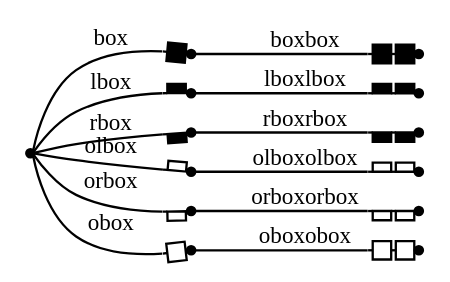
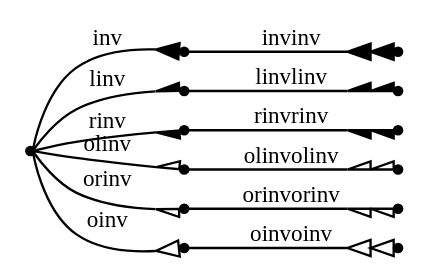
One commit to graphviz-perl/GraphViz2-Marpa-PathUtils changed the diagram in out/clusters.out.08.001.gv. Above: the diagram before and after it, drawn with Graphviz. The commit also changed 39 other files, not shown here.

```diff
--- a/out/clusters.out.08.001.gv
+++ b/out/clusters.out.08.001.gv
@@ -1,19 +1,19 @@
 digraph G
 {
 	graph[rankdir = "LR" nodesep = "0"]
 	node[shape = "point" label = ""]
 	edge[fontsize = "10"]
-	_box -> box[arrowhead = "box" label = "box"]
-	box -> boxbox[arrowhead = "boxbox" label = "boxbox"]
-	_box -> lbox[arrowhead = "lbox" label = "lbox"]
-	lbox -> lboxlbox[arrowhead = "lboxlbox" label = "lboxlbox"]
-	_box -> rbox[arrowhead = "rbox" label = "rbox"]
-	rbox -> rboxrbox[arrowhead = "rboxrbox" label = "rboxrbox"]
-	_box -> olbox[arrowhead = "olbox" label = "olbox"]
-	olbox -> olboxolbox[arrowhead = "olboxolbox" label = "olboxolbox"]
-	_box -> orbox[arrowhead = "orbox" label = "orbox"]
-	orbox -> orboxorbox[arrowhead = "orboxorbox" label = "orboxorbox"]
-	_box -> obox[arrowhead = "obox" label = "obox"]
-	obox -> oboxobox[arrowhead = "oboxobox" label = "oboxobox"]
+	_inv -> inv[arrowhead = "inv" label = "inv"]
+	inv -> invinv[arrowhead = "invinv" label = "invinv"]
+	_inv -> linv[arrowhead = "linv" label = "linv"]
+	linv -> linvlinv[arrowhead = "linvlinv" label = "linvlinv"]
+	_inv -> rinv[arrowhead = "rinv" label = "rinv"]
+	rinv -> rinvrinv[arrowhead = "rinvrinv" label = "rinvrinv"]
+	_inv -> olinv[arrowhead = "olinv" label = "olinv"]
+	olinv -> olinvolinv[arrowhead = "olinvolinv" label = "olinvolinv"]
+	_inv -> orinv[arrowhead = "orinv" label = "orinv"]
+	orinv -> orinvorinv[arrowhead = "orinvorinv" label = "orinvorinv"]
+	_inv -> oinv[arrowhead = "oinv" label = "oinv"]
+	oinv -> oinvoinv[arrowhead = "oinvoinv" label = "oinvoinv"]
 
 }
```
